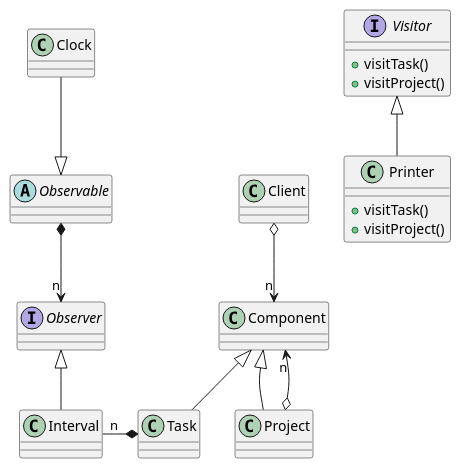
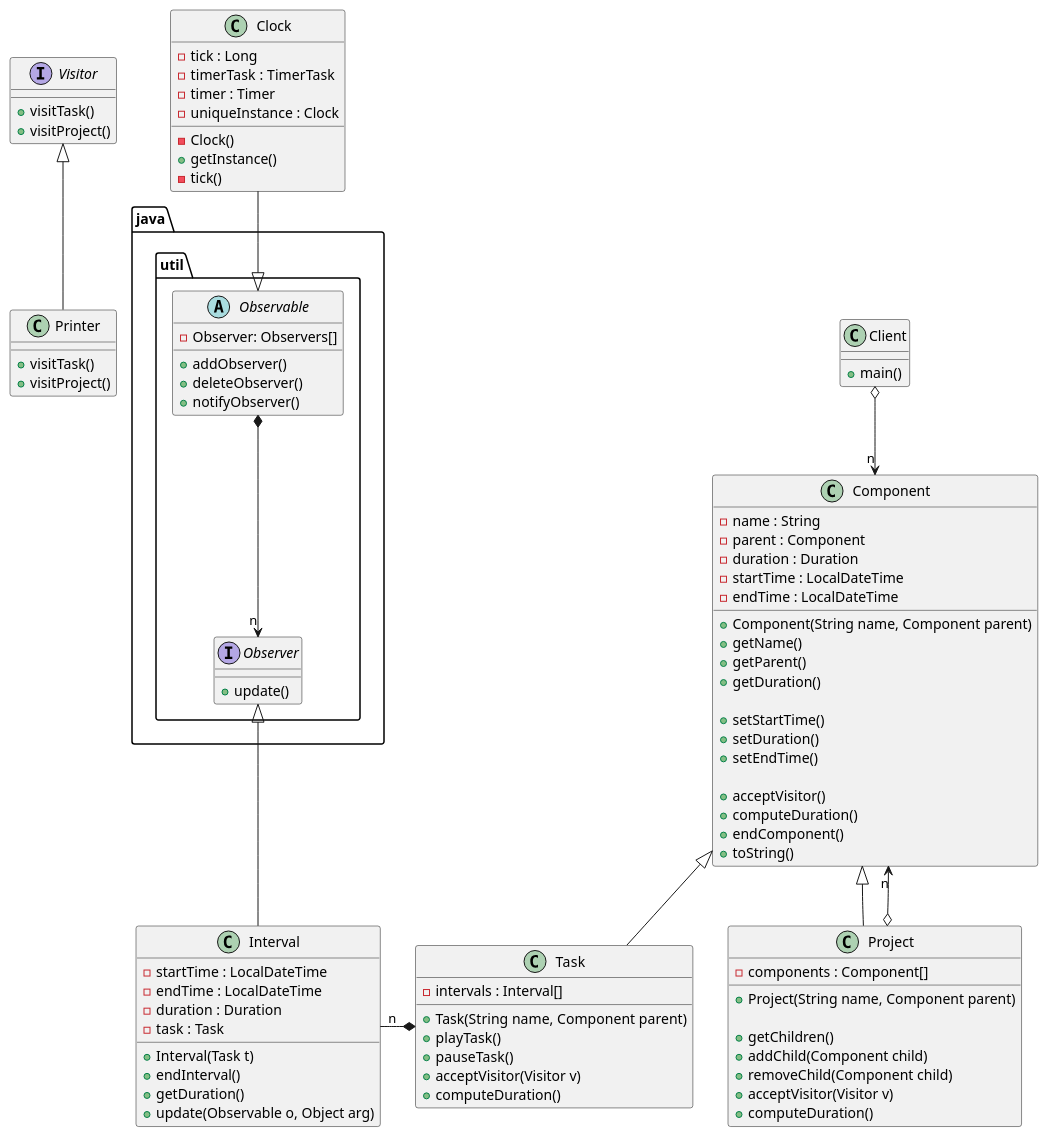
One commit to frcalderon/TimeTracker changed the diagram in TimeTracker.puml. Above: the diagram before and after it, drawn with PlantUML. The commit also changed 1 other file, not shown here.

```diff
--- a/TimeTracker.puml
+++ b/TimeTracker.puml
@@ -1,41 +1,107 @@
 @startuml
 
 class Client {
++ main()
 }
 
-class Project {}
+class Project {
+- components : Component[]
++ Project(String name, Component parent)
 
-class Task {}
++ getChildren()
++ addChild(Component child)
++ removeChild(Component child)
++ acceptVisitor(Visitor v)
++ computeDuration()
+}
 
-class Component {}
+class Task {
+- intervals : Interval[]
++ Task(String name, Component parent)
++ playTask()
++ pauseTask()
++ acceptVisitor(Visitor v)
++ computeDuration()
+}
 
-class Interval {}
+class Component {
+- name : String
+- parent : Component
+- duration : Duration
+- startTime : LocalDateTime
+- endTime : LocalDateTime
+
++ Component(String name, Component parent)
++ getName()
++ getParent()
++ getDuration()
+
++ setStartTime()
++ setDuration()
++ setEndTime()
+
++ acceptVisitor()
++ computeDuration()
++ endComponent()
++ toString()
+}
+
+class Interval {
+- startTime : LocalDateTime
+- endTime : LocalDateTime
+- duration : Duration
+- task : Task
+
++ Interval(Task t)
++ endInterval()
++ getDuration()
++ update(Observable o, Object arg)
+
+}
 
 Interface Visitor {
 + visitTask()
 + visitProject()
 }
 
-interface Observer {}
 
-abstract class Observable {}
+package java.util <<Folder>> {
+    Interface Observer{
+    + update()
+    }
 
-class Clock {}
+    abstract class Observable {
+    - Observer: Observers[]
+    + addObserver()
+    + deleteObserver()
+    + notifyObserver()
+    }
+}
+
+class Clock {
+- tick : Long
+- timerTask : TimerTask
+- timer : Timer
+- uniqueInstance : Clock
+- Clock()
++ getInstance()
+- tick()
+}
 
 class Printer {
 + visitTask()
 + visitProject()
 }
 
 Client o-down->"n" Component
 Project -up-|> Component
 Component "n"<-down-o Project
 Task -up-|> Component
 Task -[hidden]right- Project
 Interval "n" -right-* Task
 Clock --|> Observable
 Printer -up-|> Visitor
 Interval -up-|> Observer
 Observable *-->"n" Observer
 
 @enduml
```
